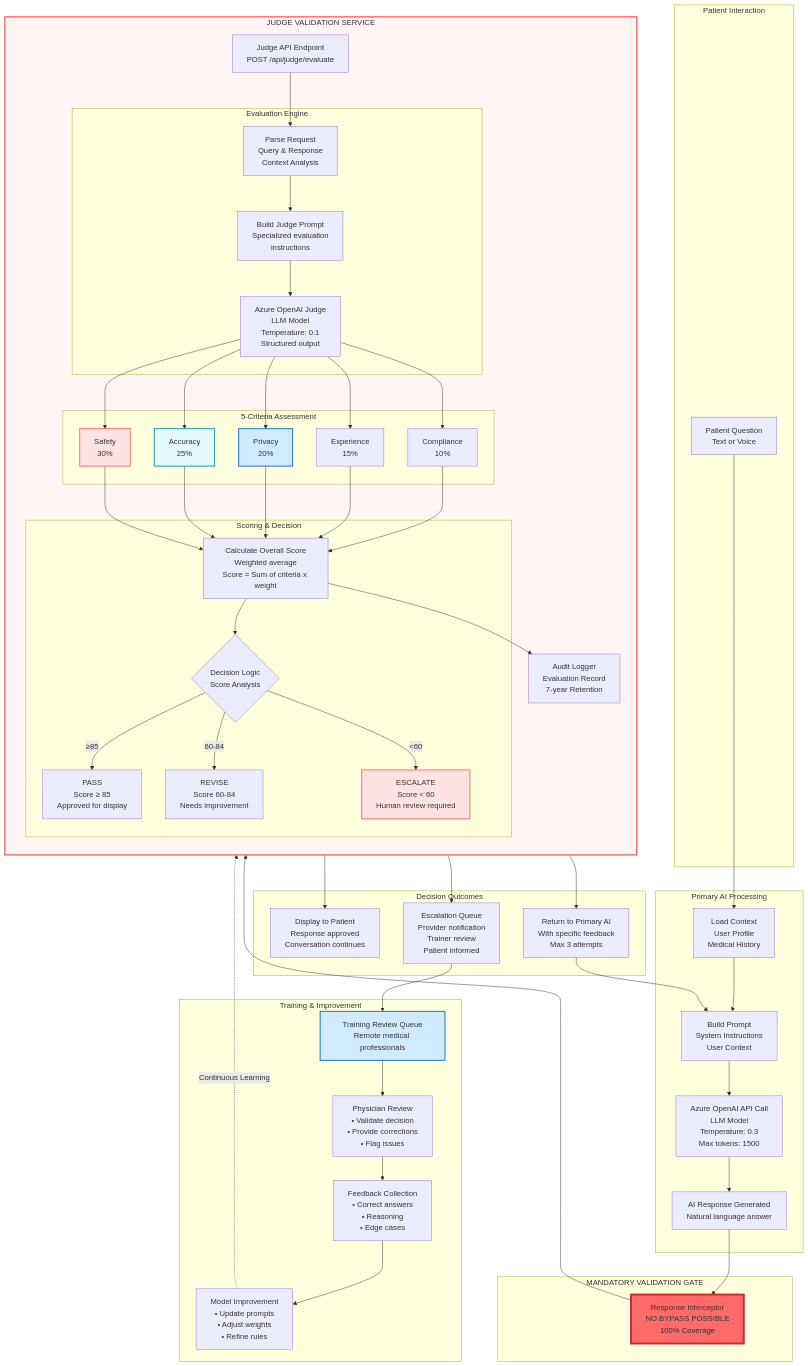
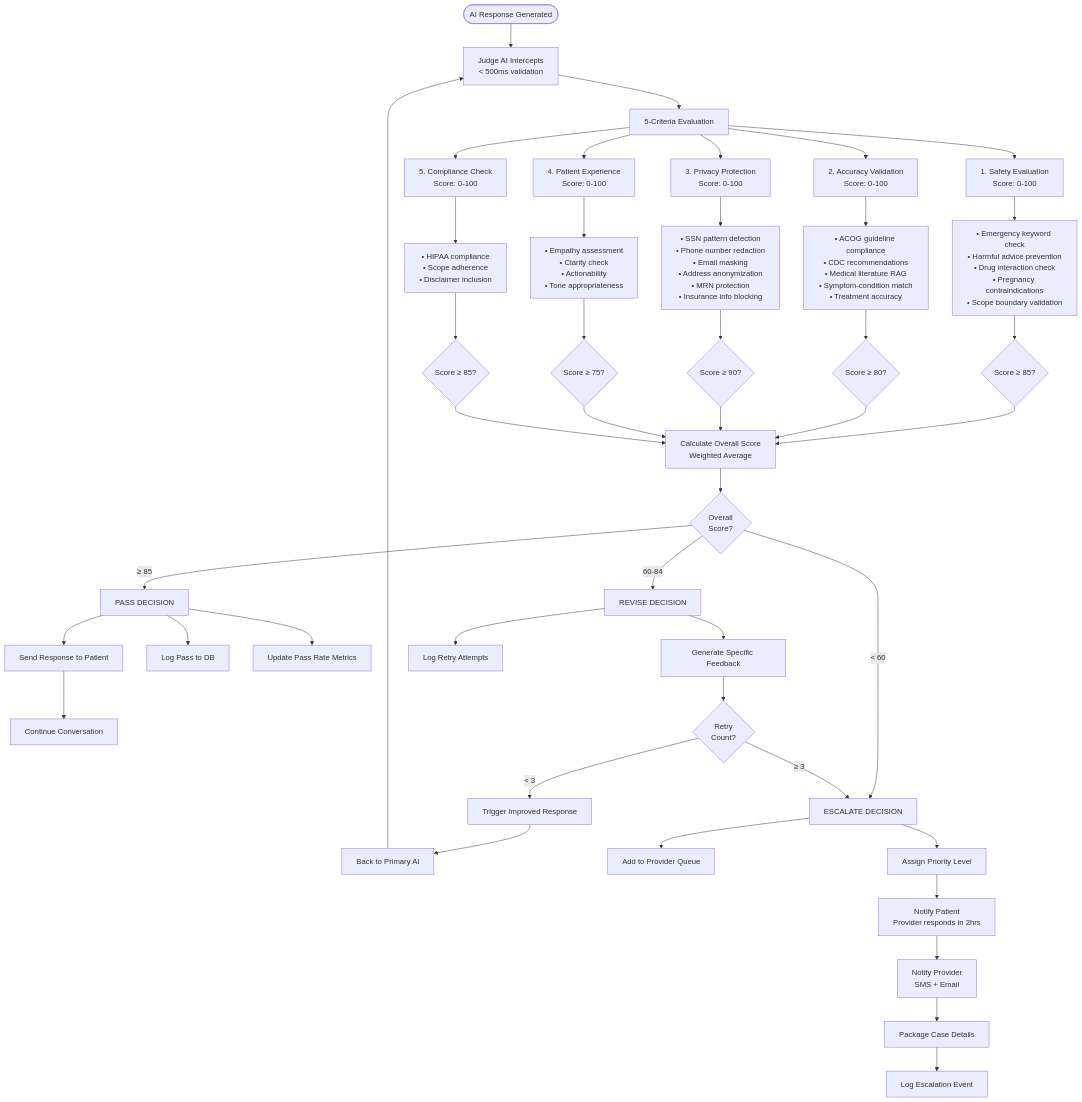
The third of 15 diagrams in README.md (gauravpandeydigilantern/ZIA), drawn with Mermaid before and after one commit. The commit also changed other lines of this file, not shown here.

````diff
--- a/README.md
+++ b/README.md
@@ -180,129 +215,59 @@
 ```mermaid
-graph TB
-    subgraph PatientInteraction["Patient Interaction"]
-        INPUT[Patient Question<br/>Text or Voice]
-    end
+flowchart TD
+    START([AI Response Generated]) --> INTERCEPT[Judge AI Intercepts<br/>< 500ms validation]
     
-    subgraph PrimaryAI["Primary AI Processing"]
-        CONTEXT[Load Context<br/>User Profile<br/>Medical History]
-        
-        PROMPT[Build Prompt<br/>System Instructions<br/>User Context]
-        
-        GENERATE[Azure OpenAI API Call<br/>LLM Model<br/>Temperature: 0.3<br/>Max tokens: 1500]
-        
-        RESPONSE[AI Response Generated<br/>Natural language answer]
-    end
+    INTERCEPT --> EVAL[5-Criteria Evaluation]
     
-    subgraph MandatoryGate["MANDATORY VALIDATION GATE"]
-        INTERCEPT[Response Interceptor<br/>NO BYPASS POSSIBLE<br/>100% Coverage]
-    end
+    EVAL --> SAFETY[1. Safety Evaluation<br/>Score: 0-100]
+    EVAL --> ACCURACY[2. Accuracy Validation<br/>Score: 0-100]
+    EVAL --> PRIVACY[3. Privacy Protection<br/>Score: 0-100]
+    EVAL --> EXPERIENCE[4. Patient Experience<br/>Score: 0-100]
+    EVAL --> COMPLIANCE[5. Compliance Check<br/>Score: 0-100]
     
-    subgraph JudgeSystem["JUDGE VALIDATION SERVICE"]
-
-
-
-
-
-
-        direction TB
-        
-        JUDGEAPI[Judge API Endpoint<br/>POST /api/judge/evaluate]
-        
-        subgraph EvaluationEngine["Evaluation Engine"]
-            PARSE[Parse Request<br/>Query & Response<br/>Context Analysis]
-            
-            BUILD[Build Judge Prompt<br/>Specialized evaluation<br/>instructions]
-            
-            CALL[Azure OpenAI Judge<br/>LLM Model<br/>Temperature: 0.1<br/>Structured output]
-        end
-        
-        subgraph CriteriaEvaluation["5-Criteria Assessment"]
-            SAFETY[Safety<br/>30%]
-            ACCURACY[Accuracy<br/>25%]
-            PRIVACY[Privacy<br/>20%]
-            TONE[Experience<br/>15%]
-            COMPLIANCE[Compliance<br/>10%]
-        end
-        
-        subgraph Scoring["Scoring & Decision"]
-            CALCULATE[Calculate Overall Score<br/>Weighted average<br/>Score = Sum of criteria x weight]
-            
-            THRESHOLD{Decision Logic<br/>Score Analysis}
-            
-            PASS[PASS<br/>Score ≥ 85<br/>Approved for display]
-            
-            REVISE[REVISE<br/>Score 60-84<br/>Needs improvement]
-            
-            ESCALATE[ESCALATE<br/>Score < 60<br/>Human review required]
-        end
-        
-        AUDIT[Audit Logger<br/>Evaluation Record<br/>7-year Retention]
-    end
+    SAFETY --> SAFECHECKS[• Emergency keyword check<br/>• Harmful advice prevention<br/>• Drug interaction check<br/>• Pregnancy contraindications<br/>• Scope boundary validation]
+    SAFECHECKS --> SAFESCORE{Score ≥ 85?}
     
-    subgraph Outcomes["Decision Outcomes"]
-        DISPLAY[Display to Patient<br/>Response approved<br/>Conversation continues]
-        
-        RETRY[Return to Primary AI<br/>With specific feedback<br/>Max 3 attempts]
-        
-        QUEUE[Escalation Queue<br/>Provider notification<br/>Trainer review<br/>Patient informed]
-    end
+    ACCURACY --> ACCCHECKS[• ACOG guideline compliance<br/>• CDC recommendations<br/>• Medical literature RAG<br/>• Symptom-condition match<br/>• Treatment accuracy]
+    ACCCHECKS --> ACCSCORE{Score ≥ 80?}
     
-    subgraph TrainingLoop["Training & Improvement"]
-        TRAINQUEUE[Training Review Queue<br/>Remote medical professionals]
-        
-        REVIEW[Physician Review<br/>• Validate decision<br/>• Provide corrections<br/>• Flag issues]
-        
-        FEEDBACK[Feedback Collection<br/>• Correct answers<br/>• Reasoning<br/>• Edge cases]
-        
-        IMPROVE[Model Improvement<br/>• Update prompts<br/>• Adjust weights<br/>• Refine rules]
-    end
+    PRIVACY --> PRIVCHECKS[• SSN pattern detection<br/>• Phone number redaction<br/>• Email masking<br/>• Address anonymization<br/>• MRN protection<br/>• Insurance info blocking]
+    PRIVCHECKS --> PRIVSCORE{Score ≥ 90?}
     
-    INPUT --> CONTEXT
-    CONTEXT --> PROMPT
-    PROMPT --> GENERATE
-    GENERATE --> RESPONSE
-    RESPONSE --> INTERCEPT
+    EXPERIENCE --> EXPCHECKS[• Empathy assessment<br/>• Clarity check<br/>• Actionability<br/>• Tone appropriateness]
+    EXPCHECKS --> EXPSCORE{Score ≥ 75?}
     
-    INTERCEPT --> JUDGEAPI
-    JUDGEAPI --> PARSE
-    PARSE --> BUILD
-    BUILD --> CALL
+    COMPLIANCE --> COMPCHECKS[• HIPAA compliance<br/>• Scope adherence<br/>• Disclaimer inclusion]
+    COMPCHECKS --> COMPSCORE{Score ≥ 85?}
     
-    CALL --> SAFETY
-    CALL --> ACCURACY
-    CALL --> PRIVACY
-    CALL --> TONE
-    CALL --> COMPLIANCE
+    SAFESCORE --> OVERALL
+    ACCSCORE --> OVERALL
+    PRIVSCORE --> OVERALL
+    EXPSCORE --> OVERALL
+    COMPSCORE --> OVERALL
     
-    SAFETY --> CALCULATE
-    ACCURACY --> CALCULATE
-    PRIVACY --> CALCULATE
-    TONE --> CALCULATE
-    COMPLIANCE --> CALCULATE
+    OVERALL[Calculate Overall Score<br/>Weighted Average] --> DECISION{Overall<br/>Score?}
     
-    CALCULATE --> THRESHOLD
-    CALCULATE --> AUDIT
+    DECISION -->|≥ 85| PASS[PASS DECISION]
+    DECISION -->|60-84| REVISE[REVISE DECISION]
+    DECISION -->|< 60| ESCALATE[ESCALATE DECISION]
     
-    THRESHOLD -->|≥85| PASS
-    THRESHOLD -->|60-84| REVISE
-    THRESHOLD -->|<60| ESCALATE
+    PASS --> SENDPATIENT[Send Response to Patient]
+    PASS --> LOGPASS[Log Pass to DB]
+    PASS --> METRICS[Update Pass Rate Metrics]
+    SENDPATIENT --> CONTINUE[Continue Conversation]
     
-    PASS --> DISPLAY
-    REVISE --> RETRY
-    RETRY --> PROMPT
-    ESCALATE --> QUEUE
+    REVISE --> FEEDBACK[Generate Specific Feedback]
+    FEEDBACK --> RETRY{Retry<br/>Count?}
+    RETRY -->|< 3| REGENERATE[Trigger Improved Response]
+    REGENERATE --> PRIMARY[Back to Primary AI]
+    PRIMARY --> INTERCEPT
+    RETRY -->|≥ 3| ESCALATE
+    REVISE --> LOGRETRY[Log Retry Attempts]
     
-    QUEUE --> TRAINQUEUE
-    TRAINQUEUE --> REVIEW
-    REVIEW --> FEEDBACK
-    FEEDBACK --> IMPROVE
-    IMPROVE -.->|Continuous Learning| BUILD
-    
-    style INTERCEPT fill:#ff6b6b,stroke:#c92a2a,stroke-width:4px
-    style JudgeSystem fill:#fff5f5,stroke:#ff6b6b,stroke-width:3px
-    style SAFETY fill:#ffe3e3,stroke:#ff6b6b,stroke-width:2px
-    style ACCURACY fill:#e3fafc,stroke:#1098ad,stroke-width:2px
-    style PRIVACY fill:#d0ebff,stroke:#1971c2,stroke-width:2px
-    style ESCALATE fill:#ffe3e3,stroke:#ff6b6b,stroke-width:2px
-    style TRAINQUEUE fill:#d0ebff,stroke:#1971c2,stroke-width:2px
+    ESCALATE --> ADDQUEUE[Add to Provider Queue]
+    ESCALATE --> PRIORITY[Assign Priority Level]
+    PRIORITY --> NOTIFYPAT[Notify Patient<br/>Provider responds in 2hrs]
+    NOTIFYPAT --> NOTIFYPROV[Notify Provider<br/>SMS + Email]
+    NOTIFYPROV --> PACKAGE[Package Case Details]
+    PACKAGE --> LOGESC[Log Escalation Event]
 ```
````
